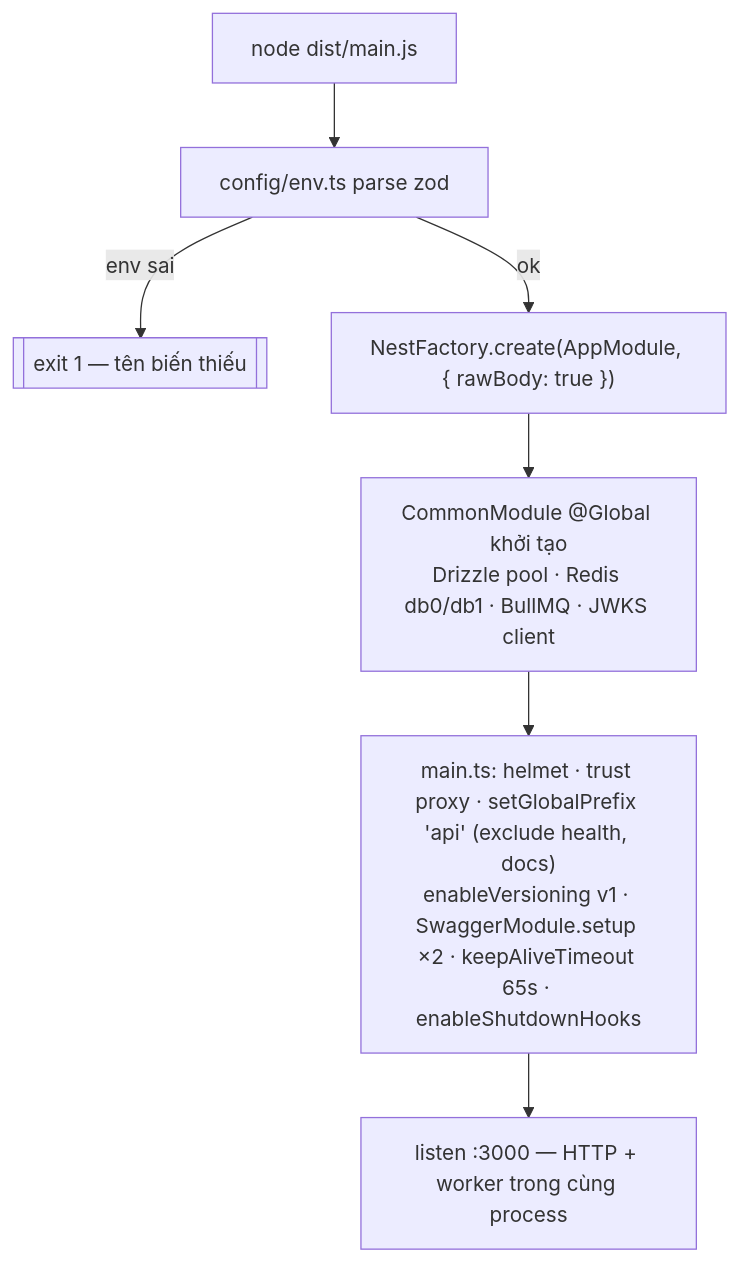
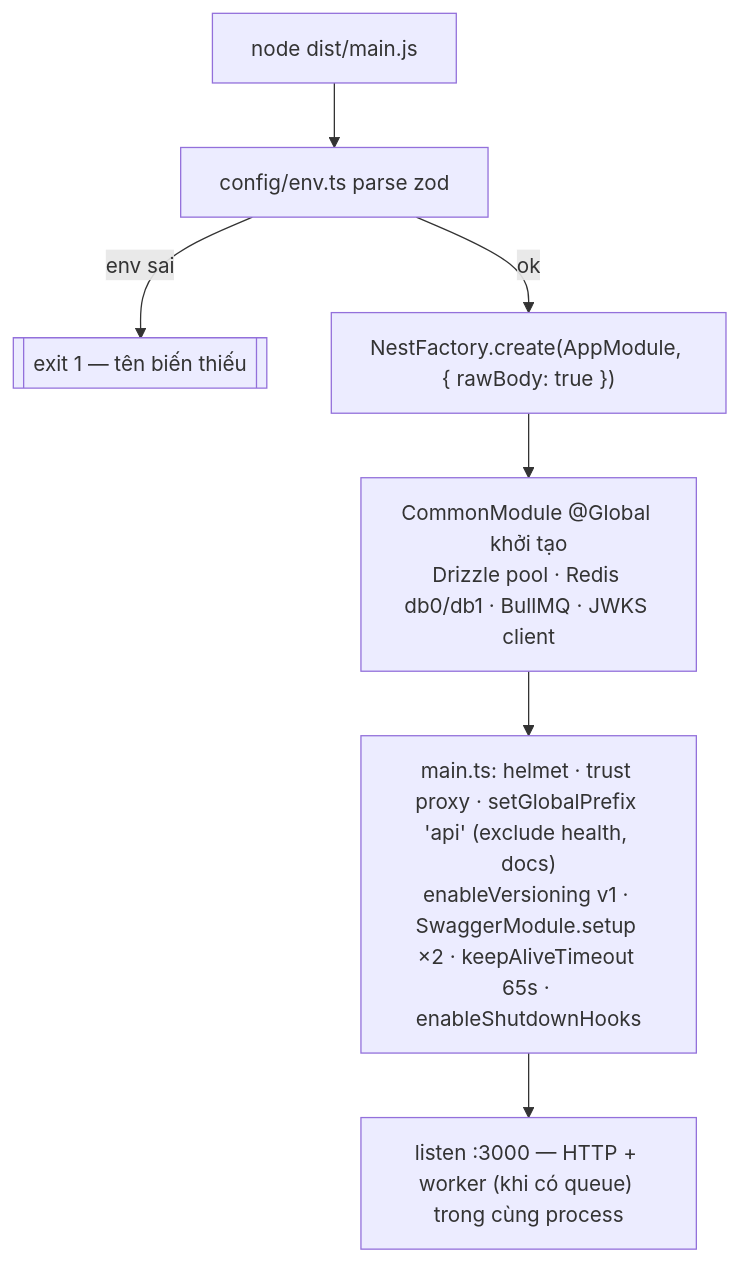
One commit to JasonEastar/nest-structure changed the first of 6 diagrams in docs/project-structure-and-flows.md. Above: the diagram before and after it, drawn with Mermaid. The commit also changed other lines of this file and 22 other files, not shown here.

````diff
--- a/docs/project-structure-and-flows.md
+++ b/docs/project-structure-and-flows.md
@@ -99,9 +99,9 @@
 ```mermaid
 flowchart TD
   A[node dist/main.js] --> B["config/env.ts parse zod"]
   B -->|env sai| X[["exit 1 — tên biến thiếu"]]
   B -->|ok| C["NestFactory.create(AppModule, { rawBody: true })"]
   C --> D["CommonModule @Global khởi tạo<br/>Drizzle pool · Redis db0/db1 · BullMQ · JWKS client"]
   D --> F["main.ts: helmet · trust proxy · setGlobalPrefix 'api' (exclude health, docs)<br/>enableVersioning v1 · SwaggerModule.setup ×2 · keepAliveTimeout 65s · enableShutdownHooks"]
-  F --> G["listen :3000 — HTTP + worker trong cùng process"]
+  F --> G["listen :3000 — HTTP + worker (khi có queue) trong cùng process"]
 ```
````
